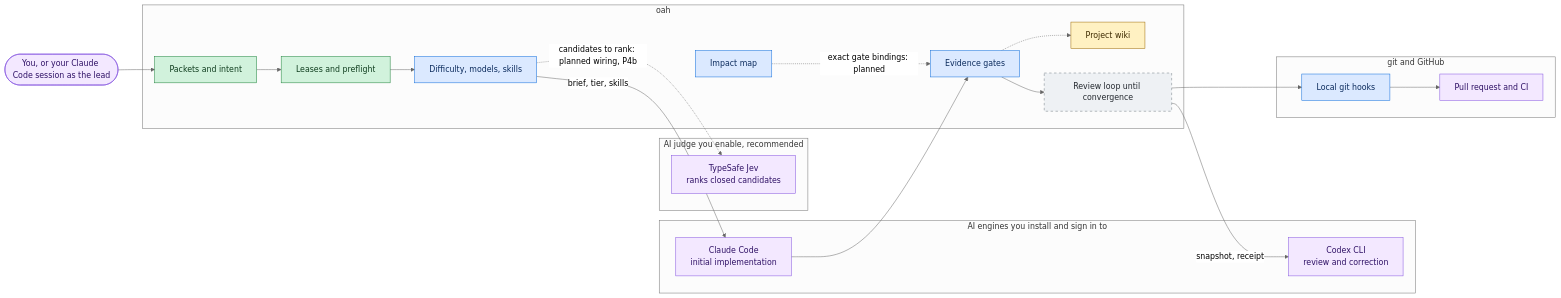
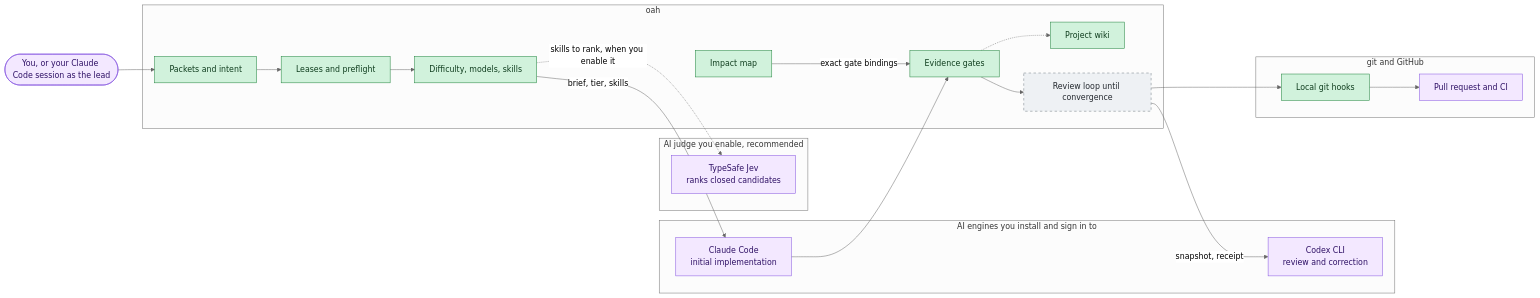
Before and after one commit to KenSuh/open-agent-harness: the first of 8 diagrams in README.md, drawn with Mermaid (neutral theme). The commit also changed other lines of this file and 2 other files, not shown here.

````diff
--- a/README.md
+++ b/README.md
@@ -74,52 +76,48 @@
 ```mermaid
 flowchart LR
     you(["You, or your Claude Code session as the lead"])
 
     subgraph engines["AI engines you install and sign in to"]
         claude["Claude Code<br/>initial implementation"]
         codex["Codex CLI<br/>review and correction"]
     end
 
     subgraph judge["AI judge you enable, recommended"]
         jev["TypeSafe Jev<br/>ranks closed candidates"]
     end
 
     subgraph core["oah"]
         lease["Leases and preflight"]
         intent["Packets and intent"]
         route["Difficulty, models, skills"]
         gates["Evidence gates"]
         impact["Impact map"]
         wiki["Project wiki"]
         rloop["Review loop until convergence"]
     end
 
     subgraph git["git and GitHub"]
         hooks["Local git hooks"]
         remote["Pull request and CI"]
     end
 
     you --> intent
     intent --> lease
     lease --> route
     route -->|"brief, tier, skills"| claude
-    route -.->|"candidates to rank: planned wiring, P4b"| jev
+    route -.->|"skills to rank, when you enable it"| jev
     claude --> gates
     gates --> rloop
     rloop -->|"snapshot, receipt"| codex
-    impact -.->|"exact gate bindings: planned"| gates
+    impact -->|"exact gate bindings"| gates
     gates -.-> wiki
     rloop --> hooks
     hooks --> remote
 
     classDef ext fill:#f3e8ff,stroke:#8250df,color:#2e1065
     classDef avail fill:#d1f2dc,stroke:#1a7f37,color:#0f3d1e
-    classDef review fill:#dbe9ff,stroke:#0969da,color:#0a2a5c
-    classDef progress fill:#fff1c2,stroke:#9a6700,color:#3d2a00
     classDef planned fill:#eef1f4,stroke:#6e7781,color:#24292f,stroke-dasharray: 5 5
     class you,claude,codex,jev,remote ext
-    class lease,intent avail
-    class route,gates,impact,hooks review
-    class wiki progress
+    class lease,intent,route,gates,impact,hooks,wiki avail
     class rloop planned
 ```
````
